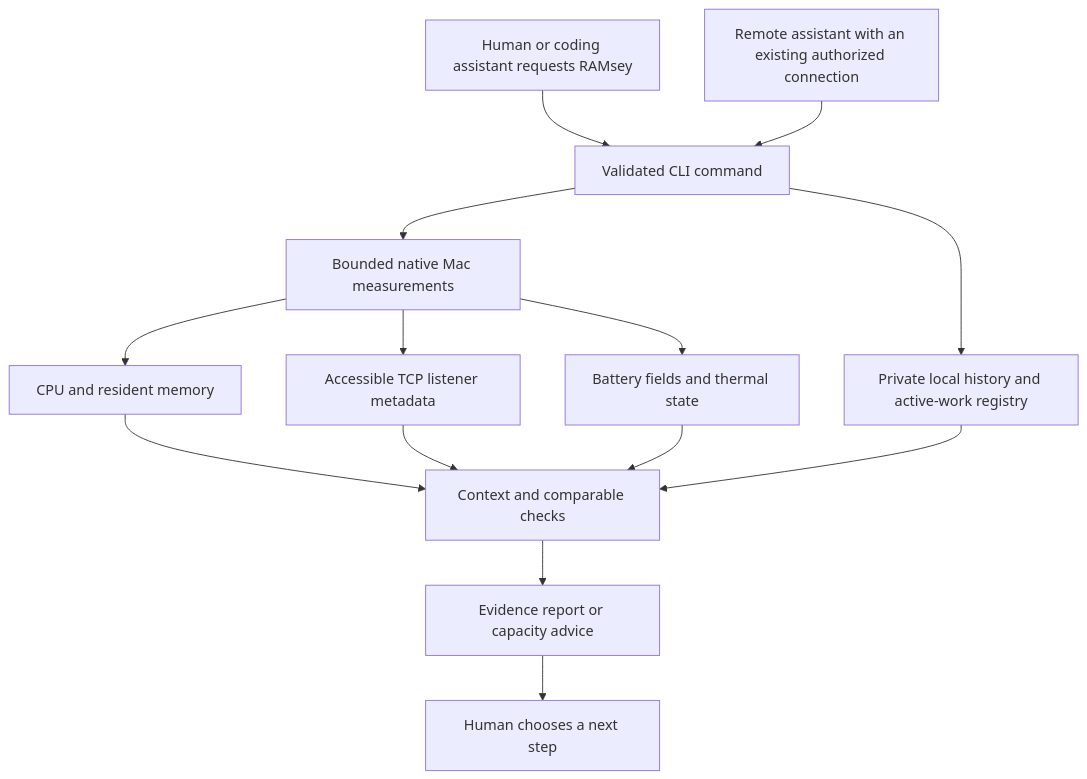
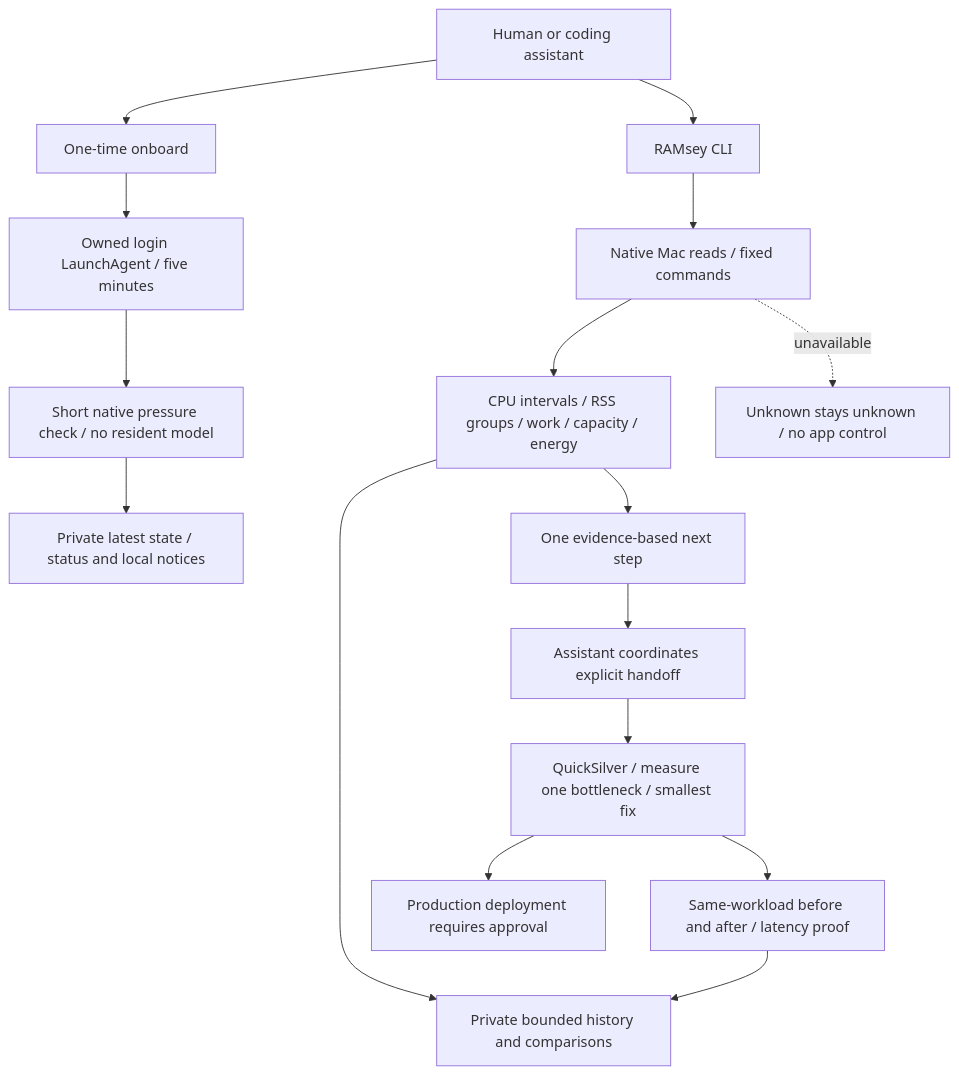
Before and after one commit to Dreydrey9000/agent-ramsey: the diagram in docs/diagrams/workflow.mmd, drawn with Mermaid. The commit also changed 46 other files, not shown here.

Commit message:
Add lightweight onboarding, QuickSilver handoffs and narrated explainer

```diff
--- a/docs/diagrams/workflow.mmd
+++ b/docs/diagrams/workflow.mmd
@@ -1,14 +1,16 @@
 flowchart TD
-  A[Human or coding assistant requests RAMsey] --> B[Validated CLI command]
-  B --> C[Bounded native Mac measurements]
-  C --> D[CPU and resident memory]
-  C --> E[Accessible TCP listener metadata]
-  C --> F[Battery fields and thermal state]
-  B --> G[Private local history and active-work registry]
-  D --> H[Context and comparable checks]
-  E --> H
-  F --> H
-  G --> H
-  H --> I[Evidence report or capacity advice]
-  I --> J[Human chooses a next step]
-  K[Remote assistant with an existing authorized connection] --> B
+  User[Human or coding assistant] --> CLI[RAMsey CLI]
+  User --> Onboard[One-time onboard]
+  Onboard --> Launch[Owned login LaunchAgent / five minutes]
+  Launch --> Pressure[Short native pressure check / no resident model]
+  Pressure --> Status[Private latest state / status and local notices]
+  CLI --> Native[Native Mac reads / fixed commands]
+  Native --> Evidence[CPU intervals / RSS groups / work / capacity / energy]
+  Evidence --> Local[Private bounded history and comparisons]
+  Evidence --> Advice[One evidence-based next step]
+  Advice --> Coordinator[Assistant coordinates explicit handoff]
+  Coordinator --> QuickSilver[QuickSilver / measure one bottleneck / smallest fix]
+  QuickSilver --> Proof[Same-workload before and after / latency proof]
+  Proof --> Local
+  QuickSilver --> Approval[Production deployment requires approval]
+  Native -. unavailable .-> Unknown[Unknown stays unknown / no app control]
```
